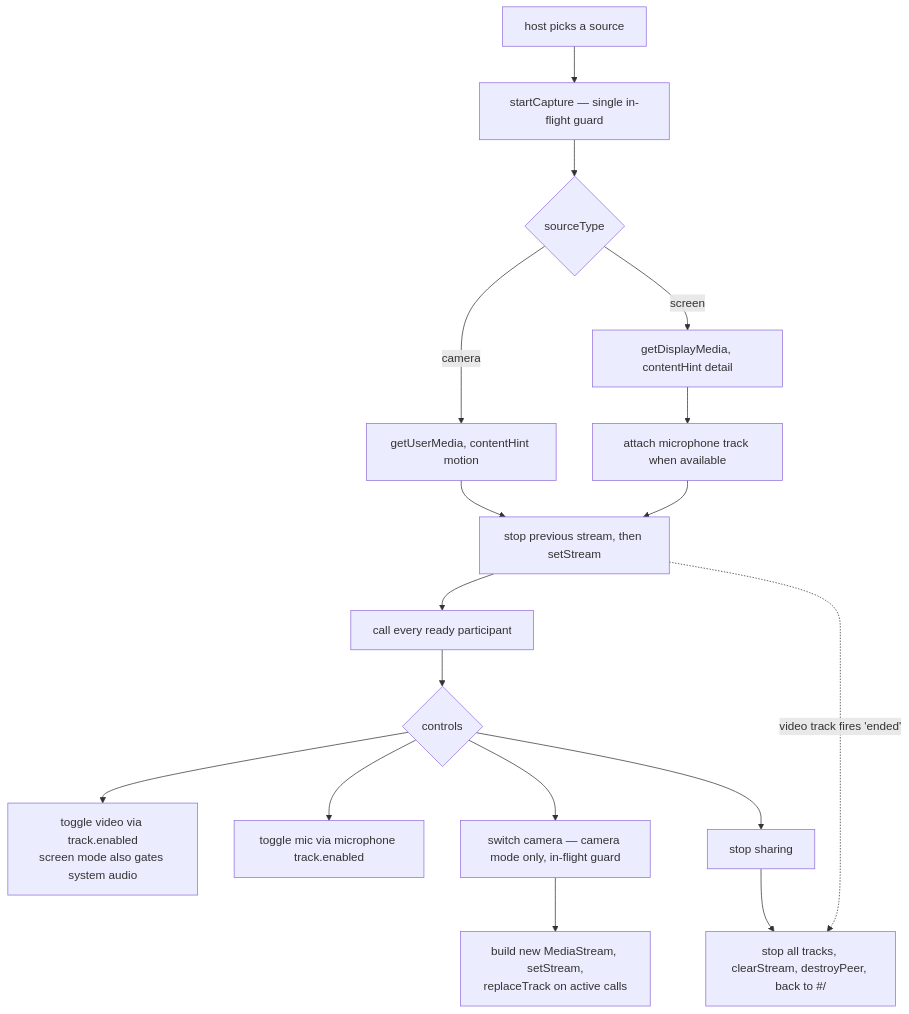
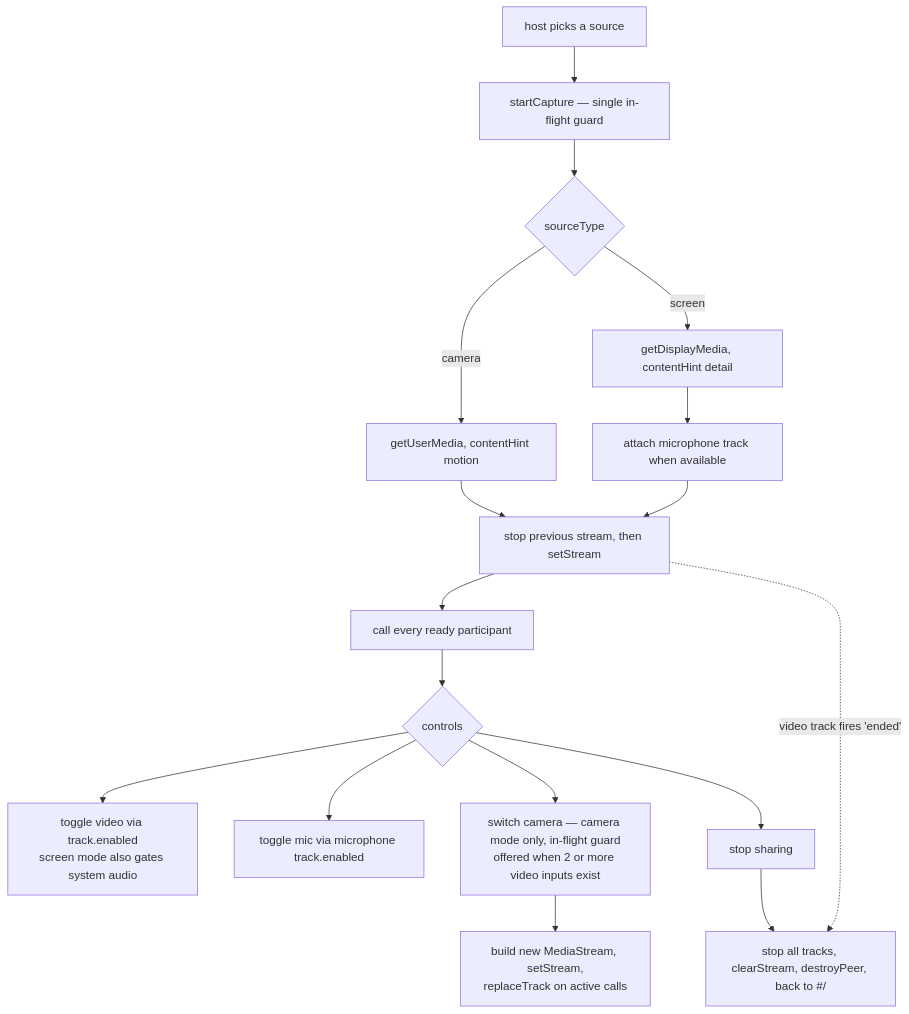
One commit to BackGwa/Perspective changed the fifth of 8 diagrams in ARCHITECTURE.md. Above: the diagram before and after it, drawn with Mermaid. The commit also changed other lines of this file, not shown here.

First line of the commit message:
docs(architecture): record clock handling, signaling retry and trust model

````diff
--- a/ARCHITECTURE.md
+++ b/ARCHITECTURE.md
@@ -149,19 +164,19 @@
 ```mermaid
 flowchart TD
     A["host picks a source"] --> B["startCapture — single in-flight guard"]
     B --> C{"sourceType"}
     C -->|camera| D["getUserMedia, contentHint motion"]
     C -->|screen| E["getDisplayMedia, contentHint detail"]
     E --> F["attach microphone track when available"]
     D --> G["stop previous stream, then setStream"]
     F --> G
     G --> H["call every ready participant"]
     H --> I{"controls"}
     I --> I1["toggle video via track.enabled<br/>screen mode also gates system audio"]
     I --> I2["toggle mic via microphone track.enabled"]
-    I --> I3["switch camera — camera mode only, in-flight guard"]
+    I --> I3["switch camera — camera mode only, in-flight guard<br/>offered when 2 or more video inputs exist"]
     I3 --> I4["build new MediaStream, setStream,<br/>replaceTrack on active calls"]
     I --> I5["stop sharing"]
     I5 --> Z["stop all tracks, clearStream, destroyPeer, back to #/"]
     G -.->|"video track fires 'ended'"| Z
 ```
````
